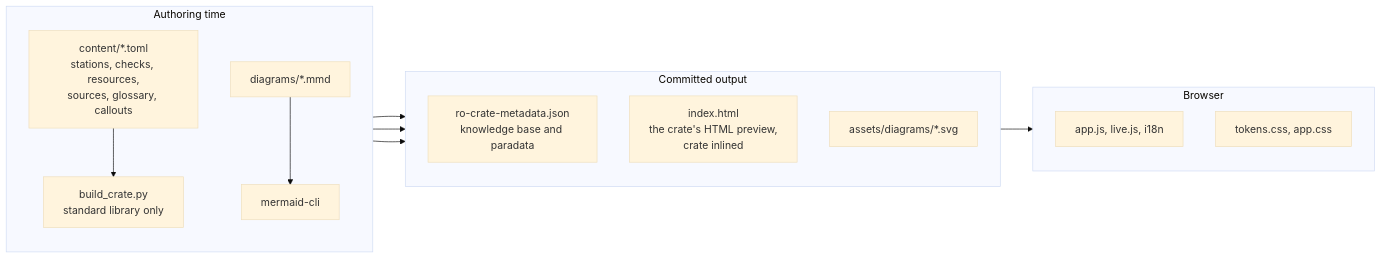
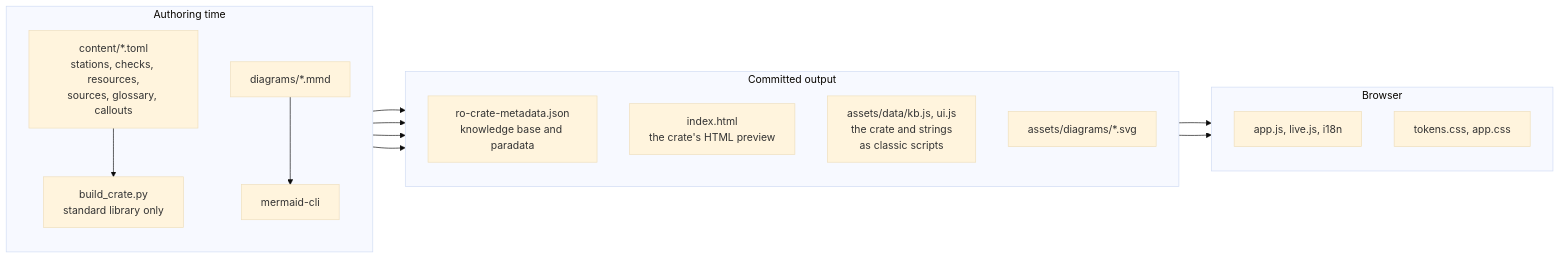
The third of 8 diagrams in docs/design.md (dsw-nrp/eosc-fair-guide), drawn with Mermaid (base theme) before and after one commit. The commit also changed other lines of this file and 16 other files, not shown here.

First line of the commit message:
The crate and the interface strings as generated scripts

````diff
--- a/docs/design.md
+++ b/docs/design.md
@@ -128,29 +128,32 @@
 ```mermaid
 flowchart LR
   accTitle: Authoring and build
-  accDescr: Content sources feed a standard-library generator that writes the RO-Crate and the page with the crate inlined. Mermaid sources render to SVG. The browser runs the committed output without a build.
+  accDescr: Content sources feed a standard-library generator that writes the RO-Crate, the page and the data scripts the page loads. Mermaid sources render to SVG. The browser runs the committed output without a build.
   subgraph AUTH[Authoring time]
     direction TB
     C1["content/*.toml<br/>stations, checks, resources,<br/>sources, glossary, callouts"]
     C2["diagrams/*.mmd"]
     GEN["build_crate.py<br/>standard library only"]
     MMDC[mermaid-cli]
     C1 --> GEN
     C2 --> MMDC
   end
   subgraph OUT[Committed output]
     direction TB
     CRATE["ro-crate-metadata.json<br/>knowledge base and paradata"]
-    HTML["index.html<br/>the crate's HTML preview,<br/>crate inlined"]
+    HTML["index.html<br/>the crate's HTML preview"]
+    DATA["assets/data/kb.js, ui.js<br/>the crate and strings<br/>as classic scripts"]
     SVG["assets/diagrams/*.svg"]
   end
   subgraph RUN[Browser]
     direction TB
     JS["app.js, live.js, i18n"]
     CSS["tokens.css, app.css"]
   end
   GEN --> CRATE
   GEN --> HTML
+  GEN --> DATA
   MMDC --> SVG
   HTML --> RUN
+  DATA --> RUN
 ```
````
